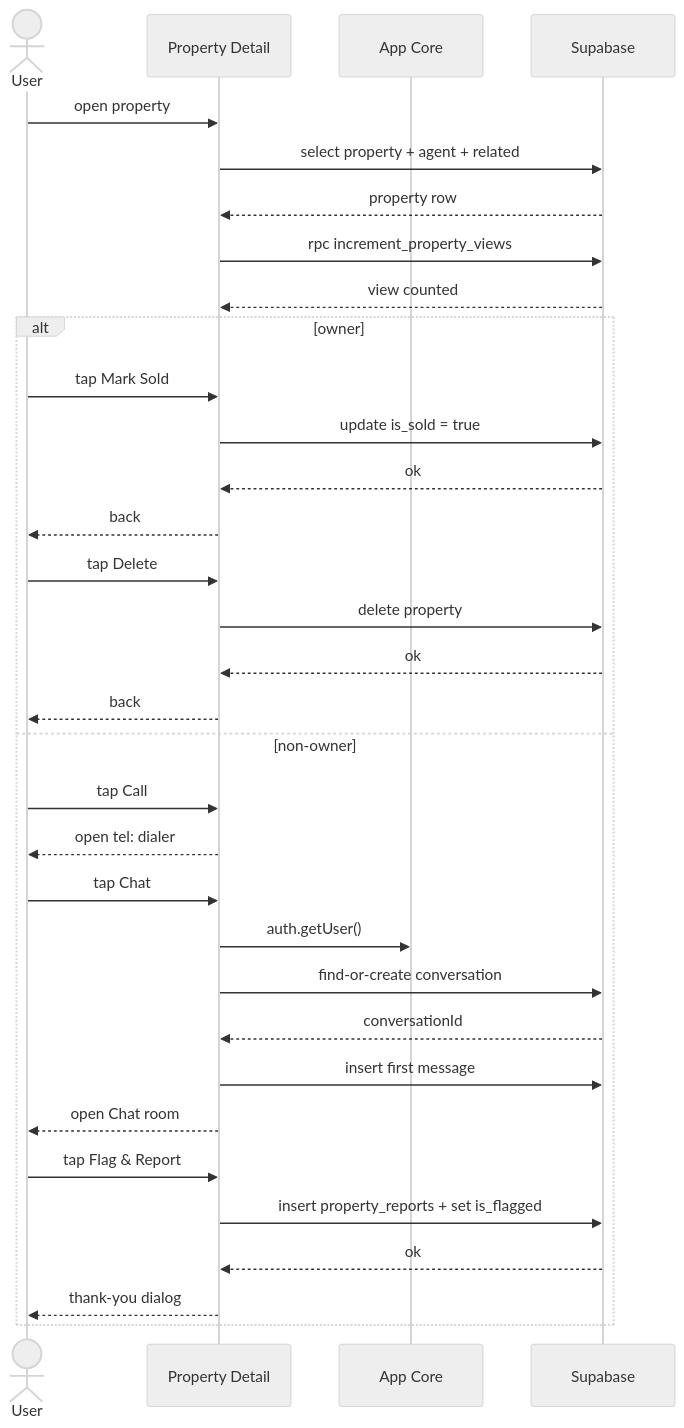
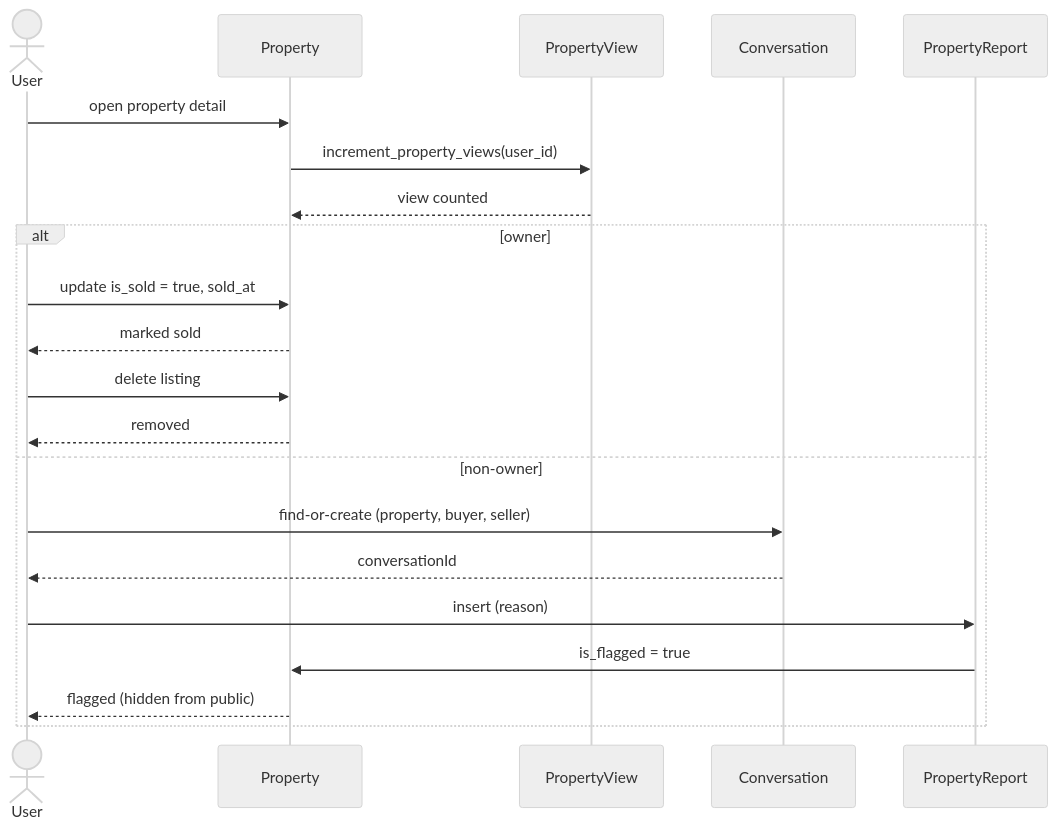
Before and after one commit to phyothant-dev/nestfinder: the fifth of 11 diagrams in docs/diagrams.md, drawn with Mermaid (neutral theme). The commit also changed other lines of this file and 9 other files, not shown here.

Commit message:
Rewrite class diagram around DB tables and redraw sequence diagrams by use-case domain

````diff
--- a/docs/diagrams.md
+++ b/docs/diagrams.md
@@ -187,37 +150,24 @@
 ```mermaid
 sequenceDiagram
     actor User
-    participant DE as Property Detail
-    participant CO as App Core
-    participant SU as Supabase
+    participant P as Property
+    participant V as PropertyView
+    participant C as Conversation
+    participant R as PropertyReport
 
-    User->>DE: open property
-    DE->>SU: select property + agent + related
-    SU-->>DE: property row
-    DE->>SU: rpc increment_property_views
-    SU-->>DE: view counted
-
+    User->>P: open property detail
+    P->>V: increment_property_views(user_id)
+    V-->>P: view counted
     alt owner
-        User->>DE: tap Mark Sold
-        DE->>SU: update is_sold = true
-        SU-->>DE: ok
-        DE-->>User: back
-        User->>DE: tap Delete
-        DE->>SU: delete property
-        SU-->>DE: ok
-        DE-->>User: back
+        User->>P: update is_sold = true, sold_at
+        P-->>User: marked sold
+        User->>P: delete listing
+        P-->>User: removed
     else non-owner
-        User->>DE: tap Call
-        DE-->>User: open tel: dialer
-        User->>DE: tap Chat
-        DE->>CO: auth.getUser()
-        DE->>SU: find-or-create conversation
-        SU-->>DE: conversationId
-        DE->>SU: insert first message
-        DE-->>User: open Chat room
-        User->>DE: tap Flag & Report
-        DE->>SU: insert property_reports + set is_flagged
-        SU-->>DE: ok
-        DE-->>User: thank-you dialog
+        User->>C: find-or-create (property, buyer, seller)
+        C-->>User: conversationId
+        User->>R: insert (reason)
+        R->>P: is_flagged = true
+        P-->>User: flagged (hidden from public)
     end
 ```
````
